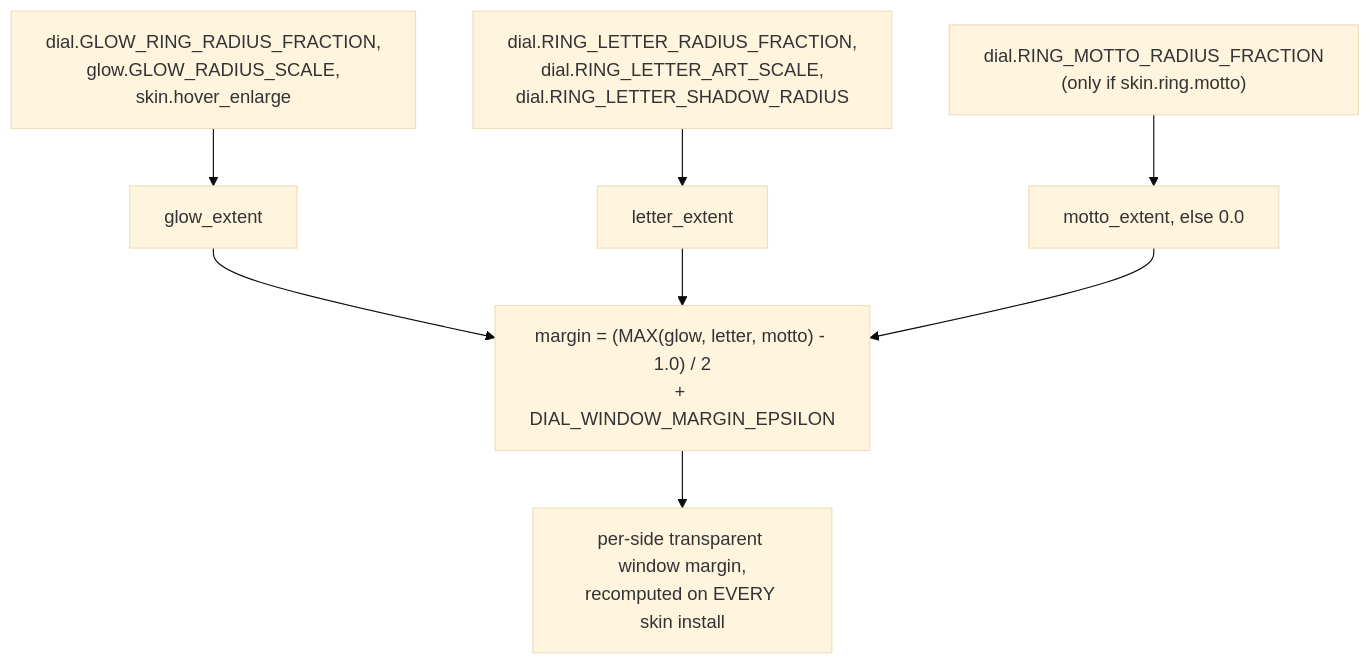
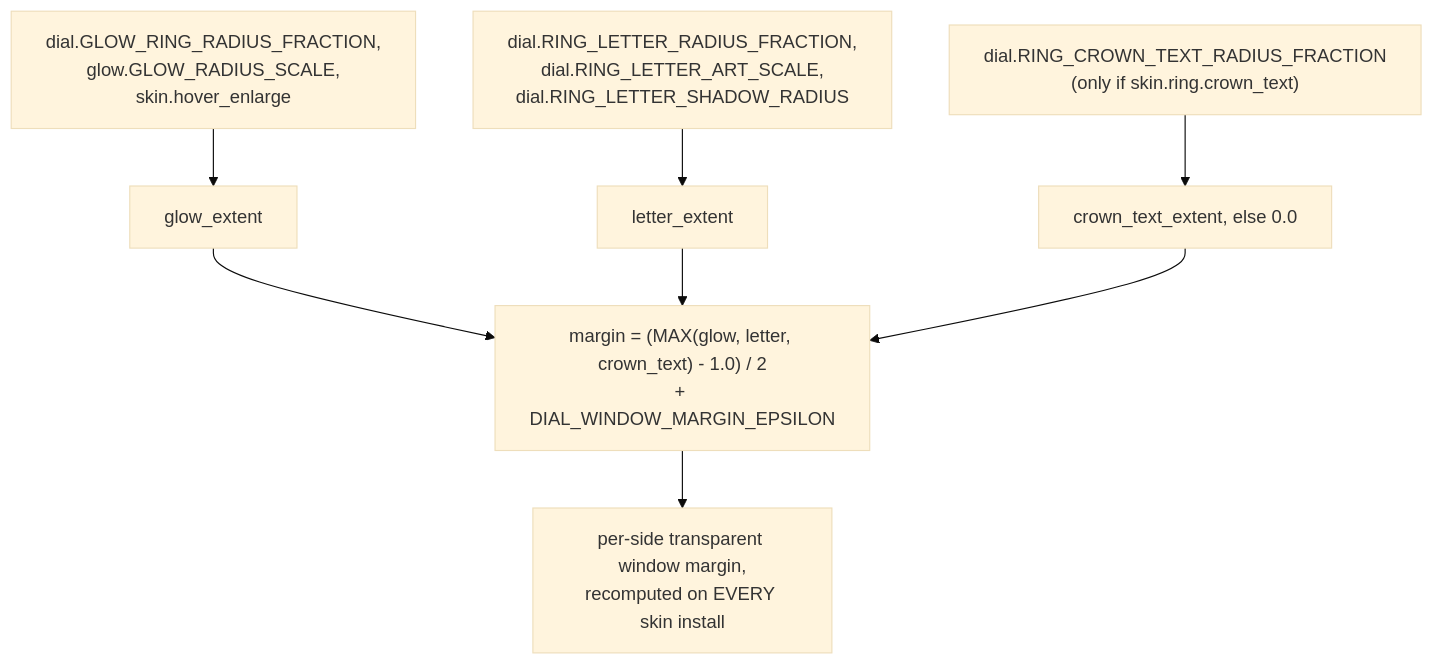
One commit to UVuruna/Watch-Academy changed the second of 2 diagrams in config/__flow/defaults.md. Above: the diagram before and after it, drawn with Mermaid (base theme). The commit also changed 40 other files, not shown here.

````diff
--- a/config/__flow/defaults.md
+++ b/config/__flow/defaults.md
@@ -65,10 +65,10 @@
 ```mermaid
 flowchart TB
     A["dial.RING_LETTER_RADIUS_FRACTION,\ndial.RING_LETTER_ART_SCALE,\ndial.RING_LETTER_SHADOW_RADIUS"] --> D[letter_extent]
     B["dial.GLOW_RING_RADIUS_FRACTION,\nglow.GLOW_RADIUS_SCALE,\nskin.hover_enlarge"] --> C[glow_extent]
-    E["dial.RING_MOTTO_RADIUS_FRACTION\n(only if skin.ring.motto)"] --> F[motto_extent, else 0.0]
-    C --> G["margin = (MAX(glow, letter, motto) - 1.0) / 2\n+ DIAL_WINDOW_MARGIN_EPSILON"]
+    E["dial.RING_CROWN_TEXT_RADIUS_FRACTION\n(only if skin.ring.crown_text)"] --> F[crown_text_extent, else 0.0]
+    C --> G["margin = (MAX(glow, letter, crown_text) - 1.0) / 2\n+ DIAL_WINDOW_MARGIN_EPSILON"]
     D --> G
     F --> G
     G --> H[per-side transparent window margin,\nrecomputed on EVERY skin install]
 ```
````
